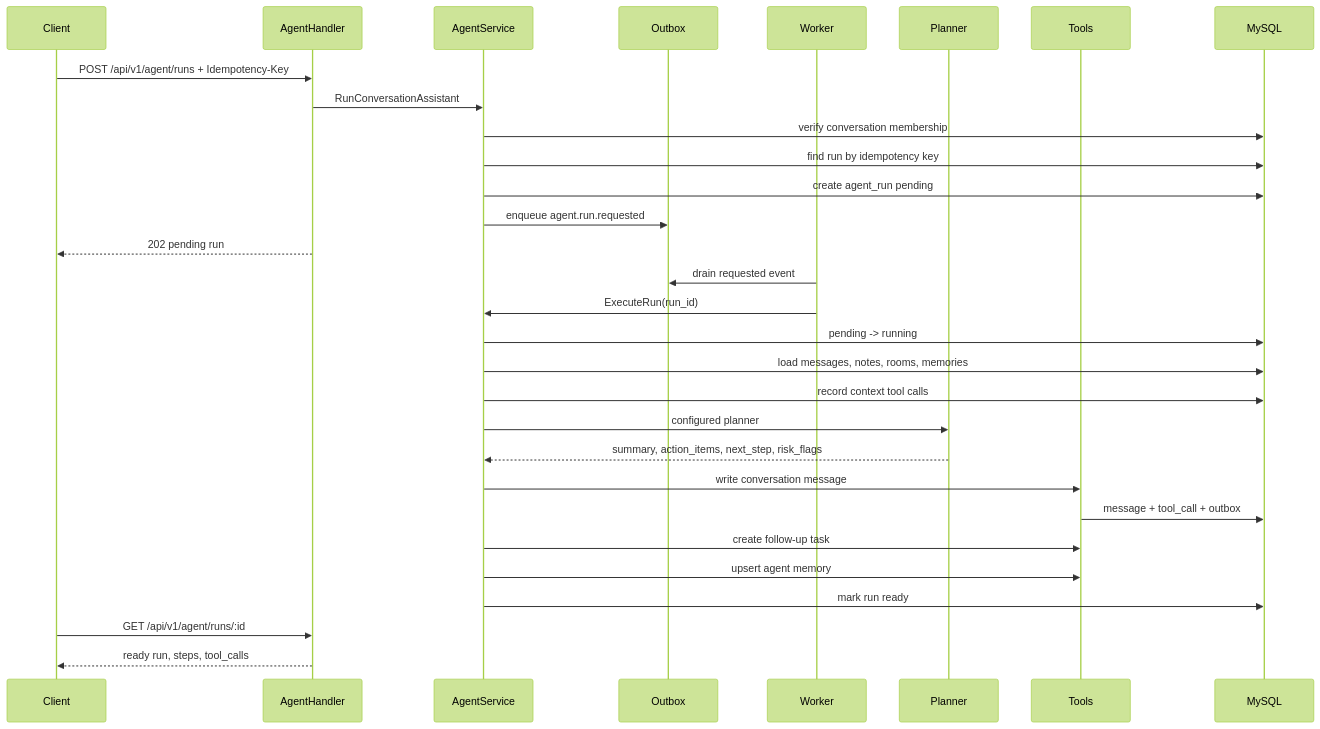
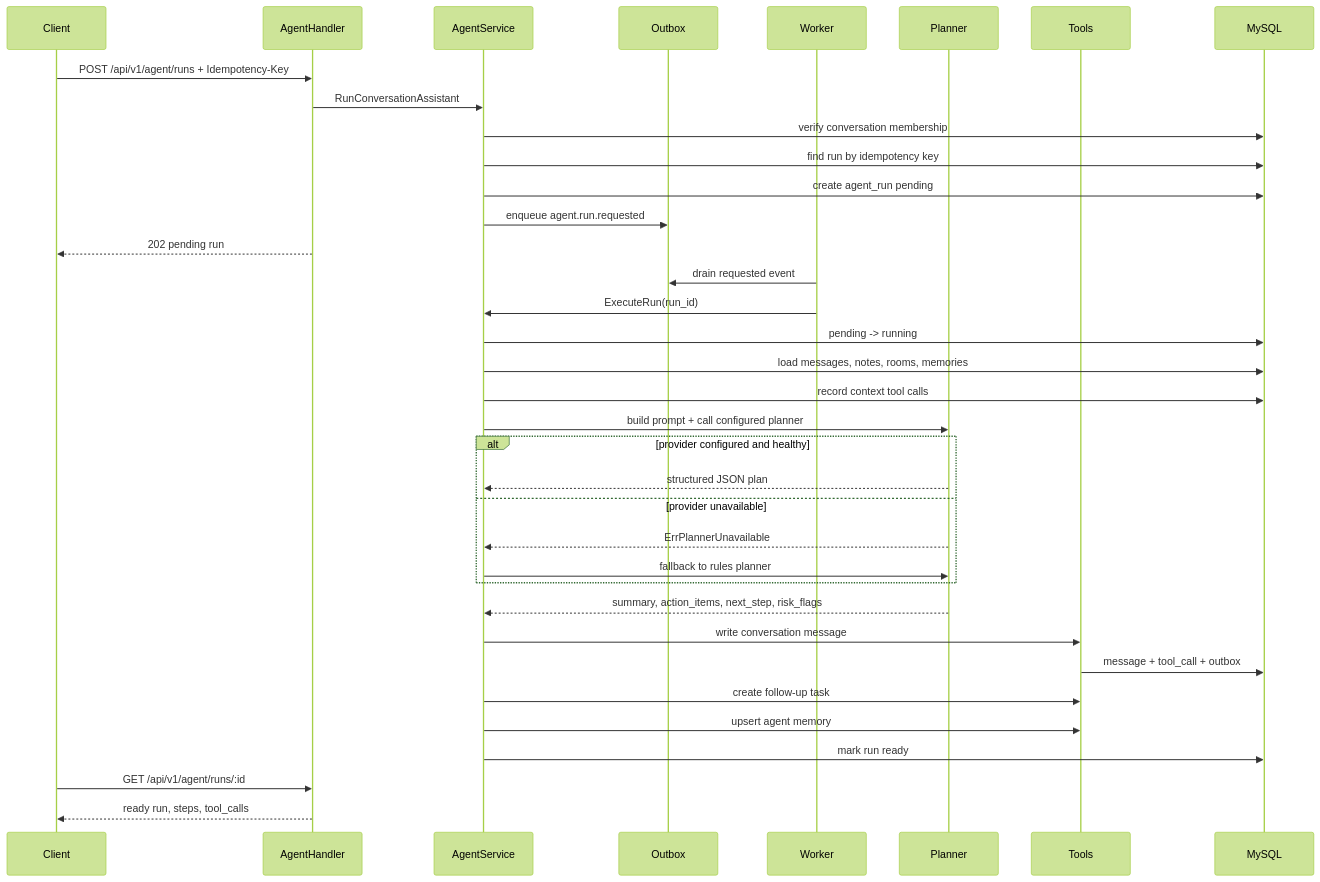
One commit to XianingY/AllCallAll changed the third of 3 diagrams in docs/interview/system-design.md. Above: the diagram before and after it, drawn with Mermaid (forest theme). The commit also changed other lines of this file, not shown here.

Commit message:
Document interview system design flow

````diff
--- a/docs/interview/system-design.md
+++ b/docs/interview/system-design.md
@@ -78,33 +79,39 @@
 ```mermaid
 sequenceDiagram
     participant Client
     participant Handler as AgentHandler
     participant Service as AgentService
     participant Outbox
     participant Worker
     participant Planner
     participant Tools
     participant DB as MySQL
 
     Client->>Handler: POST /api/v1/agent/runs + Idempotency-Key
     Handler->>Service: RunConversationAssistant
     Service->>DB: verify conversation membership
     Service->>DB: find run by idempotency key
     Service->>DB: create agent_run pending
     Service->>Outbox: enqueue agent.run.requested
     Handler-->>Client: 202 pending run
     Worker->>Outbox: drain requested event
     Worker->>Service: ExecuteRun(run_id)
     Service->>DB: pending -> running
     Service->>DB: load messages, notes, rooms, memories
     Service->>DB: record context tool calls
-    Service->>Planner: configured planner
+    Service->>Planner: build prompt + call configured planner
+    alt provider configured and healthy
+        Planner-->>Service: structured JSON plan
+    else provider unavailable
+        Planner-->>Service: ErrPlannerUnavailable
+        Service->>Planner: fallback to rules planner
+    end
     Planner-->>Service: summary, action_items, next_step, risk_flags
     Service->>Tools: write conversation message
     Tools->>DB: message + tool_call + outbox
     Service->>Tools: create follow-up task
     Service->>Tools: upsert agent memory
     Service->>DB: mark run ready
     Client->>Handler: GET /api/v1/agent/runs/:id
     Handler-->>Client: ready run, steps, tool_calls
 ```
````
